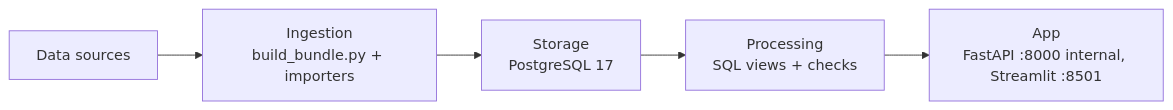
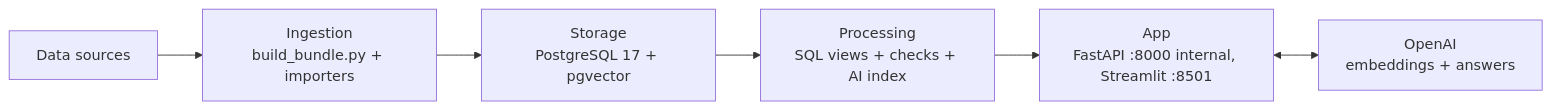
One commit to vokebetu/MCP-Sentinel changed the fourth of 4 diagrams in docs/PROJECT_REPORT.md. Above: the diagram before and after it, drawn with Mermaid. The commit also changed other lines of this file and 1178 other files, not shown here.

````diff
--- a/docs/PROJECT_REPORT.md
+++ b/docs/PROJECT_REPORT.md
@@ -355,7 +431,8 @@
 ```mermaid
 flowchart LR
     A[Data sources] --> B[Ingestion<br/>build_bundle.py + importers]
-    B --> C[Storage<br/>PostgreSQL 17]
-    C --> D[Processing<br/>SQL views + checks]
+    B --> C[Storage<br/>PostgreSQL 17 + pgvector]
+    C --> D[Processing<br/>SQL views + checks + AI index]
     D --> F[App<br/>FastAPI :8000 internal, Streamlit :8501]
+    F <--> G[OpenAI<br/>embeddings + answers]
 ```
````
